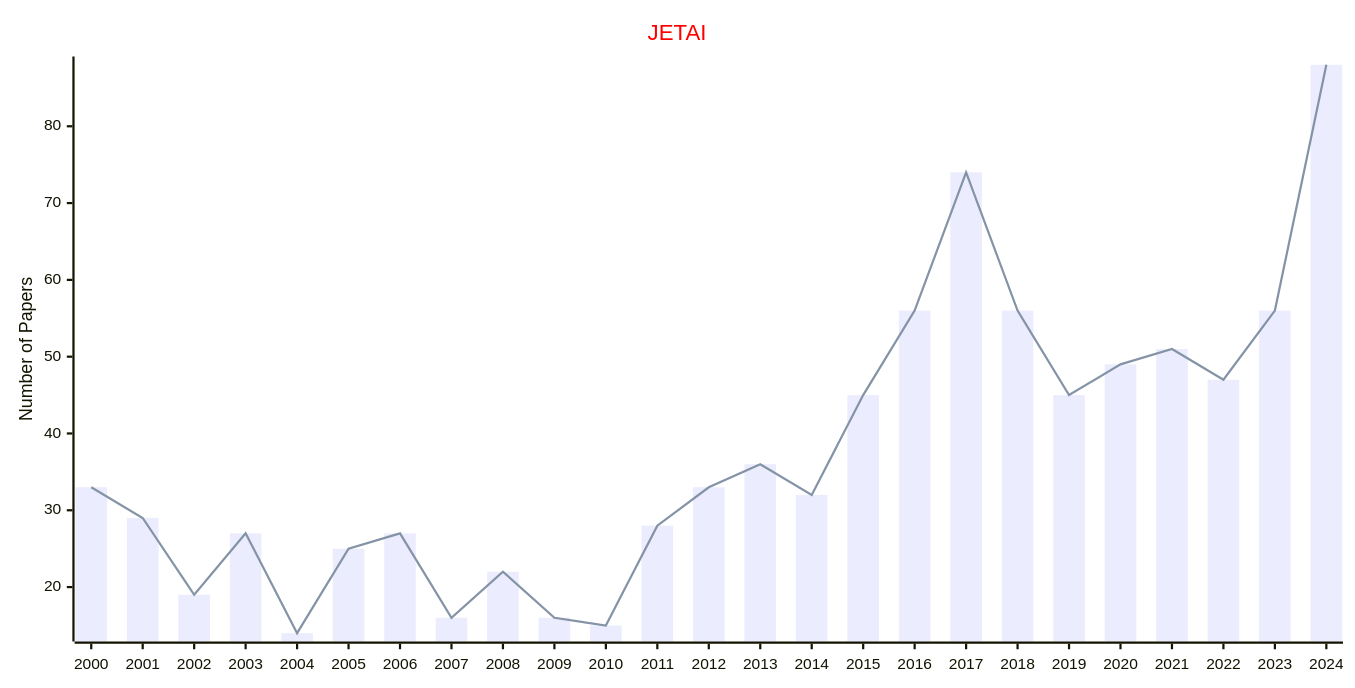
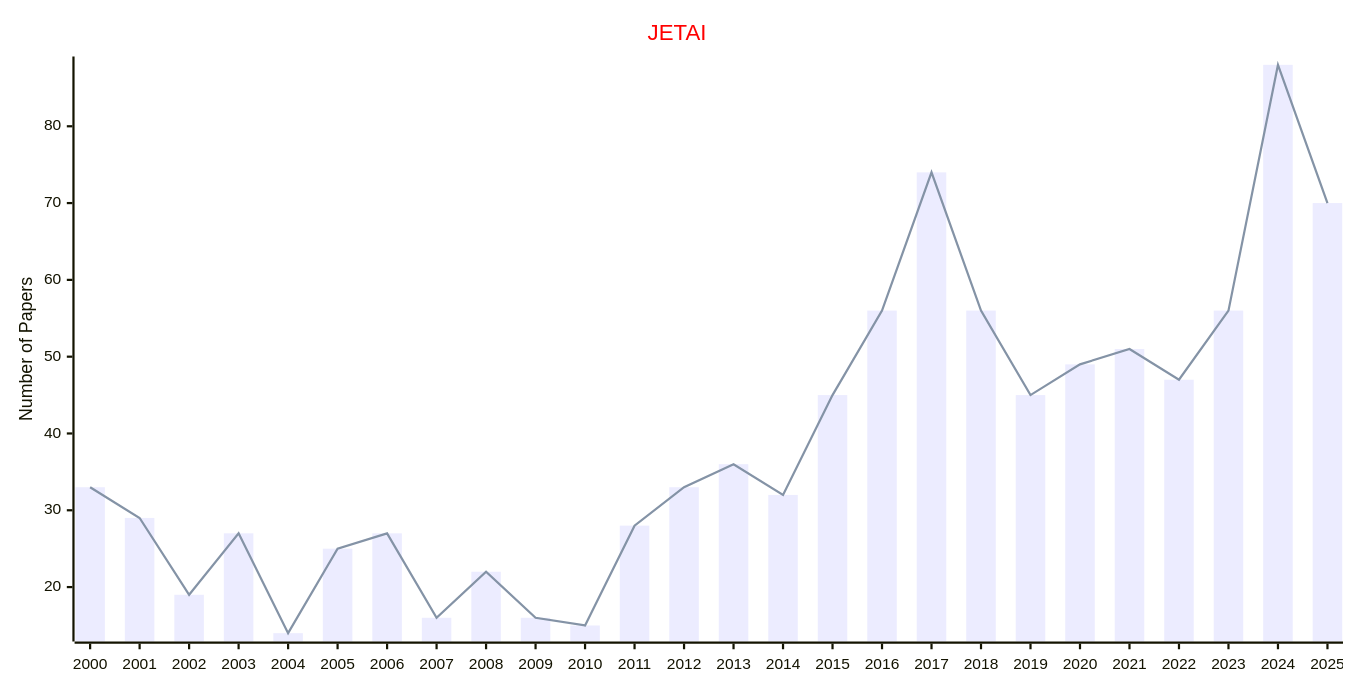
Before and after one commit to Easy-PhD/AILinks: diagram 19 of 27 in docs/data/Journals/Statistics_Journals/Artificial_Intelligence.md, drawn with Mermaid. The commit also changed other lines of this file and 93 other files, not shown here.

````diff
--- a/docs/data/Journals/Statistics_Journals/Artificial_Intelligence.md
+++ b/docs/data/Journals/Statistics_Journals/Artificial_Intelligence.md
@@ -441,17 +441,17 @@
 ```mermaid
 ---
 config:
     xyChart:
         width: 1200
         height: 600
     themeVariables:
         xyChart:
             titleColor: "#ff0000"
 ---
 xychart-beta
     title "JETAI"
-    x-axis [2000, 2001, 2002, 2003, 2004, 2005, 2006, 2007, 2008, 2009, 2010, 2011, 2012, 2013, 2014, 2015, 2016, 2017, 2018, 2019, 2020, 2021, 2022, 2023, 2024]
+    x-axis [2000, 2001, 2002, 2003, 2004, 2005, 2006, 2007, 2008, 2009, 2010, 2011, 2012, 2013, 2014, 2015, 2016, 2017, 2018, 2019, 2020, 2021, 2022, 2023, 2024, 2025]
     y-axis "Number of Papers"
-    bar [33, 29, 19, 27, 14, 25, 27, 16, 22, 16, 15, 28, 33, 36, 32, 45, 56, 74, 56, 45, 49, 51, 47, 56, 88]
-    line [33, 29, 19, 27, 14, 25, 27, 16, 22, 16, 15, 28, 33, 36, 32, 45, 56, 74, 56, 45, 49, 51, 47, 56, 88]
+    bar [33, 29, 19, 27, 14, 25, 27, 16, 22, 16, 15, 28, 33, 36, 32, 45, 56, 74, 56, 45, 49, 51, 47, 56, 88, 70]
+    line [33, 29, 19, 27, 14, 25, 27, 16, 22, 16, 15, 28, 33, 36, 32, 45, 56, 74, 56, 45, 49, 51, 47, 56, 88, 70]
 ```
````
